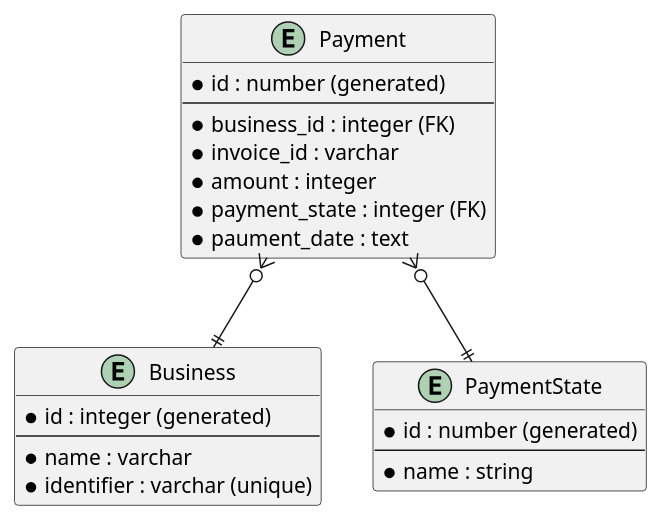
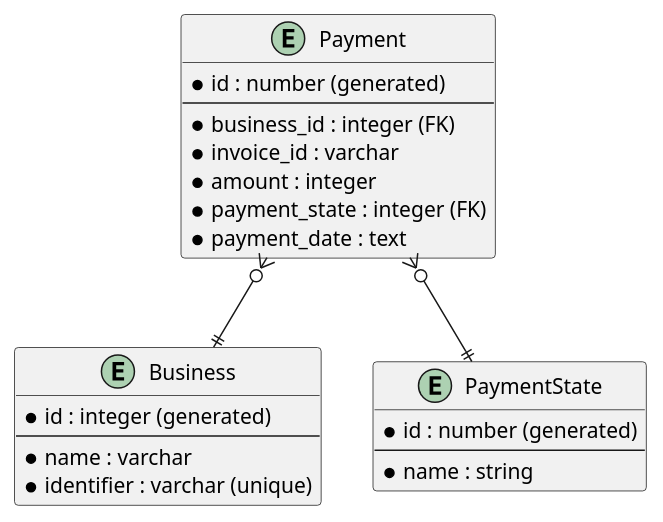
One commit to mateusfccp/UnfathomablePayLink changed the diagram in diagramas/entity_diagram.plantuml. Above: the diagram before and after it, drawn with PlantUML. The commit also changed 6 other files, not shown here.

```diff
--- a/diagramas/entity_diagram.plantuml
+++ b/diagramas/entity_diagram.plantuml
@@ -1,29 +1,29 @@
 @startuml
 
 entity Business {
 	* id : integer (generated)
 	--
 	* name : varchar
 	* identifier : varchar (unique)
 }
 
 entity Payment {
 	* id : number (generated)
 	--
 	* business_id : integer (FK)
 	* invoice_id : varchar
 	* amount : integer
 	* payment_state : integer (FK)
-	* paument_date : text
+	* payment_date : text
 }
 
 entity PaymentState {
 	* id : number (generated)
 	--
 	* name : string
 }
 
 Payment }o--|| Business
 Payment }o--|| PaymentState
 
 @enduml
```
